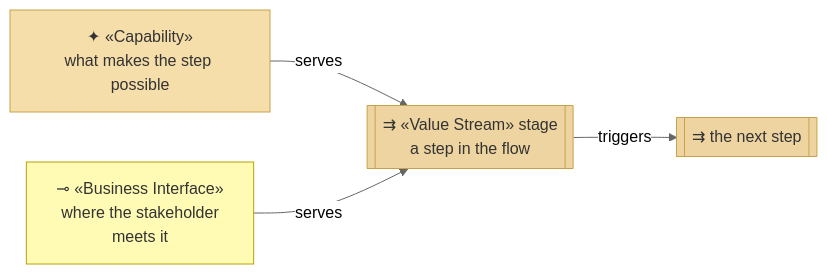
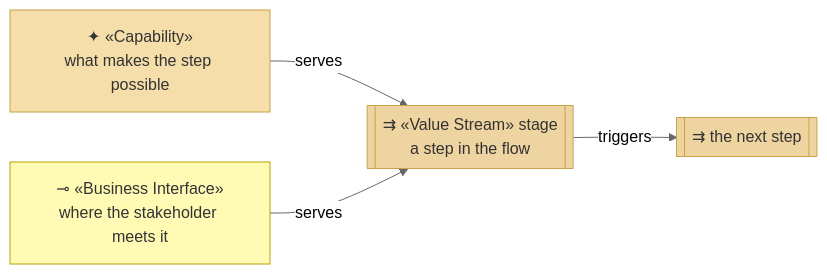
The first of 4 diagrams in organization/docs/ea/1_strategy/3_value-stream.md (roanboc/architecture-archreator), drawn with Mermaid (neutral theme) before and after one commit. The commit also changed other lines of this file and 6 other files, not shown here.

````diff
--- a/organization/docs/ea/1_strategy/3_value-stream.md
+++ b/organization/docs/ea/1_strategy/3_value-stream.md
@@ -14,15 +14,15 @@
 ```mermaid
 flowchart LR
   s1[["⇉ «Value Stream» stage<br>a step in the flow"]]:::stage
   s2[["⇉ the next step"]]:::stage
   cap["✦ «Capability»<br>what makes the step possible"]:::capability
-  bif["⊸ «Business Interface»<br>where the stakeholder<br>meets it"]:::interface
+  bif["⊸ «Business Interface»<br>where the stakeholder meets it"]:::interface
 
   s1 -->|triggers| s2
   cap -->|serves| s1
   bif -->|serves| s1
 
   classDef stage fill:#eed4a0,stroke:#c8a24a,color:#333
   classDef capability fill:#f5deaa,stroke:#c8a24a,color:#333
   classDef interface fill:#fffbb5,stroke:#b8a200,color:#333
 ```
````
